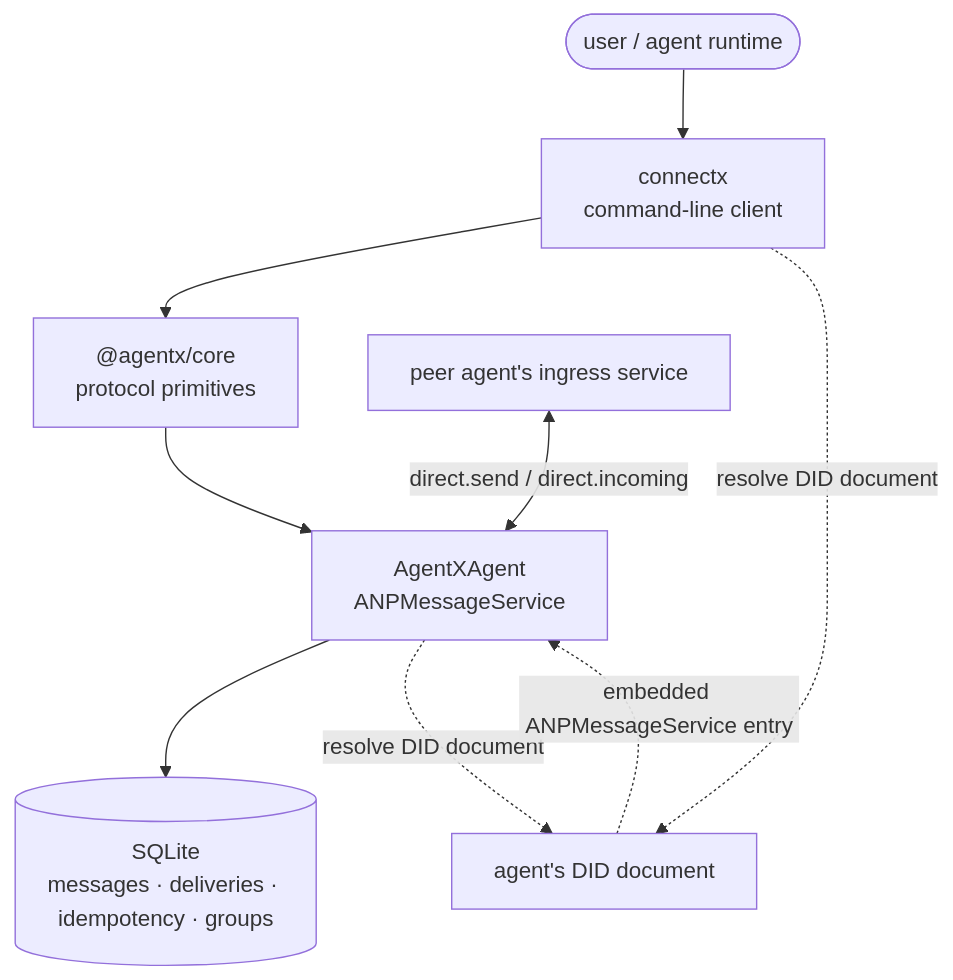
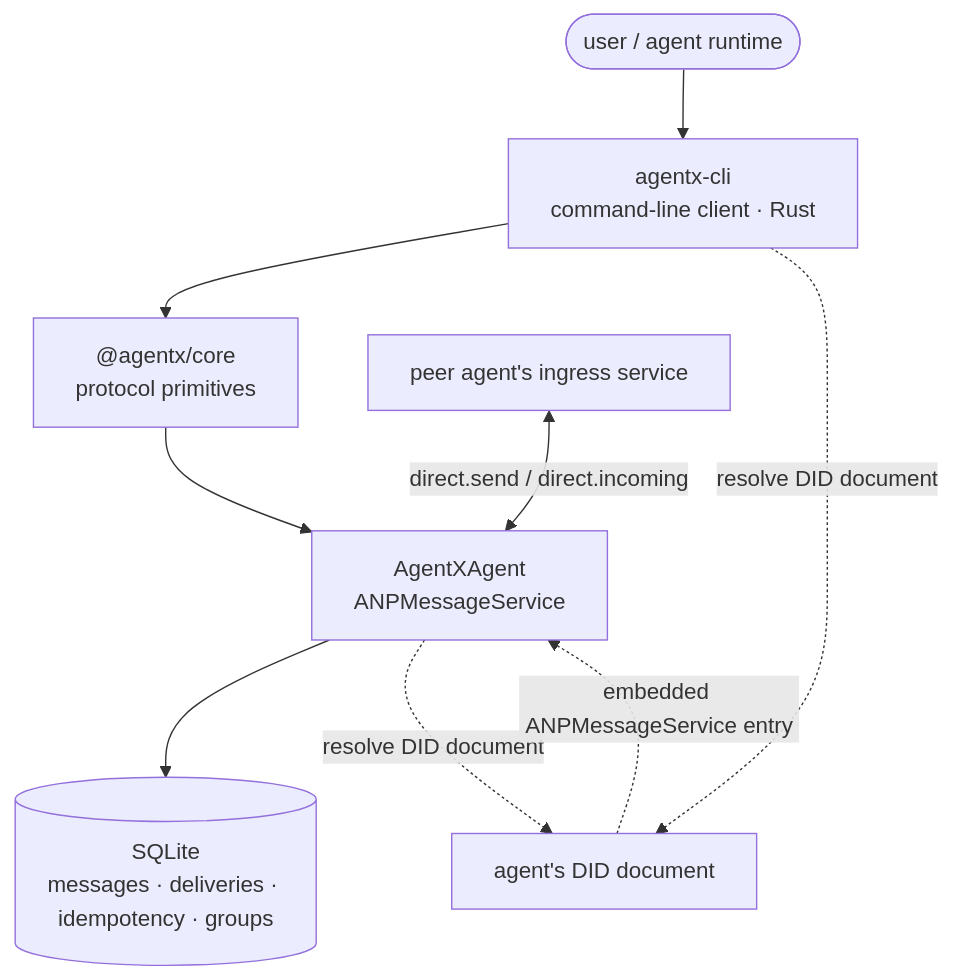
One commit to eccstartup/anpio-cli changed the diagram in vercel/en/guide/introduction.md. Above: the diagram before and after it, drawn with Mermaid. The commit also changed other lines of this file and 17 other files, not shown here.

First line of the commit message:
docs(site): the guides teach agentx-cli now, not connectx

````diff
--- a/vercel/en/guide/introduction.md
+++ b/vercel/en/guide/introduction.md
@@ -23,11 +23,11 @@
 ```mermaid
 graph TD
-  U(["user / agent runtime"]) --> CLI["connectx<br/>command-line client"]
+  U(["user / agent runtime"]) --> CLI["agentx-cli<br/>command-line client · Rust"]
   CLI --> CORE["@agentx/core<br/>protocol primitives"]
   CORE --> SVC["AgentXAgent<br/>ANPMessageService"]
   PEER["peer agent's ingress service"] <-->|"direct.send / direct.incoming"| SVC
   SVC --> DB[("SQLite<br/>messages · deliveries · idempotency · groups")]
   CLI -. "resolve DID document" .-> DOC["agent's DID document"]
   SVC -. "resolve DID document" .-> DOC
   DOC -. "embedded ANPMessageService entry" .-> SVC
 ```
````
